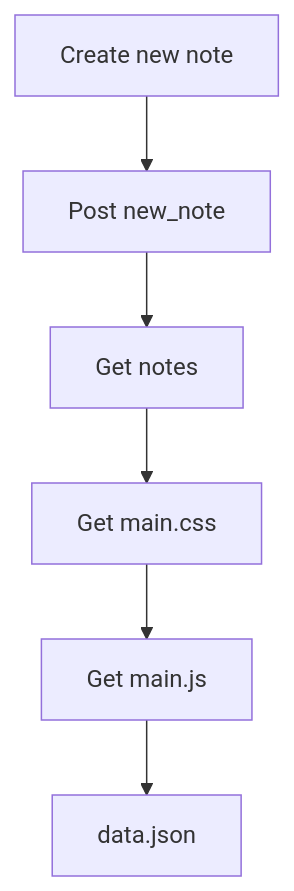
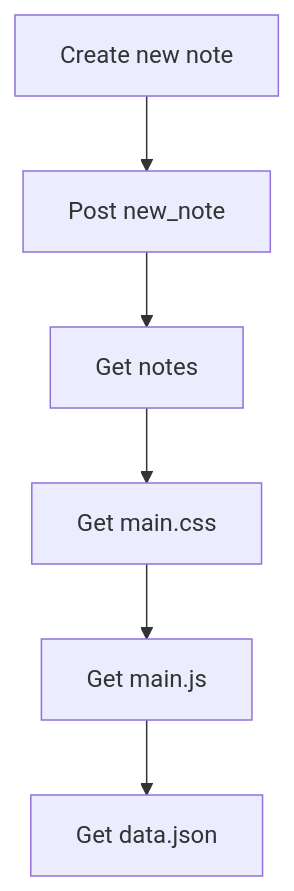
The first of 3 diagrams in part0/part0_exercises.md (GSCoder1/FullStackCourse), drawn with Mermaid before and after one commit. The commit also changed other lines of this file, not shown here.

````diff
--- a/part0/part0_exercises.md
+++ b/part0/part0_exercises.md
@@ -3,8 +3,8 @@
 ```mermaid
 graph TD
     A[Create new note] --> B[Post new_note]
     B --> C[Get notes]
     C --> D[Get main.css]
     D --> E[Get main.js]
-    E --> F[data.json]
+    E --> F[Get data.json]
 ```
````
